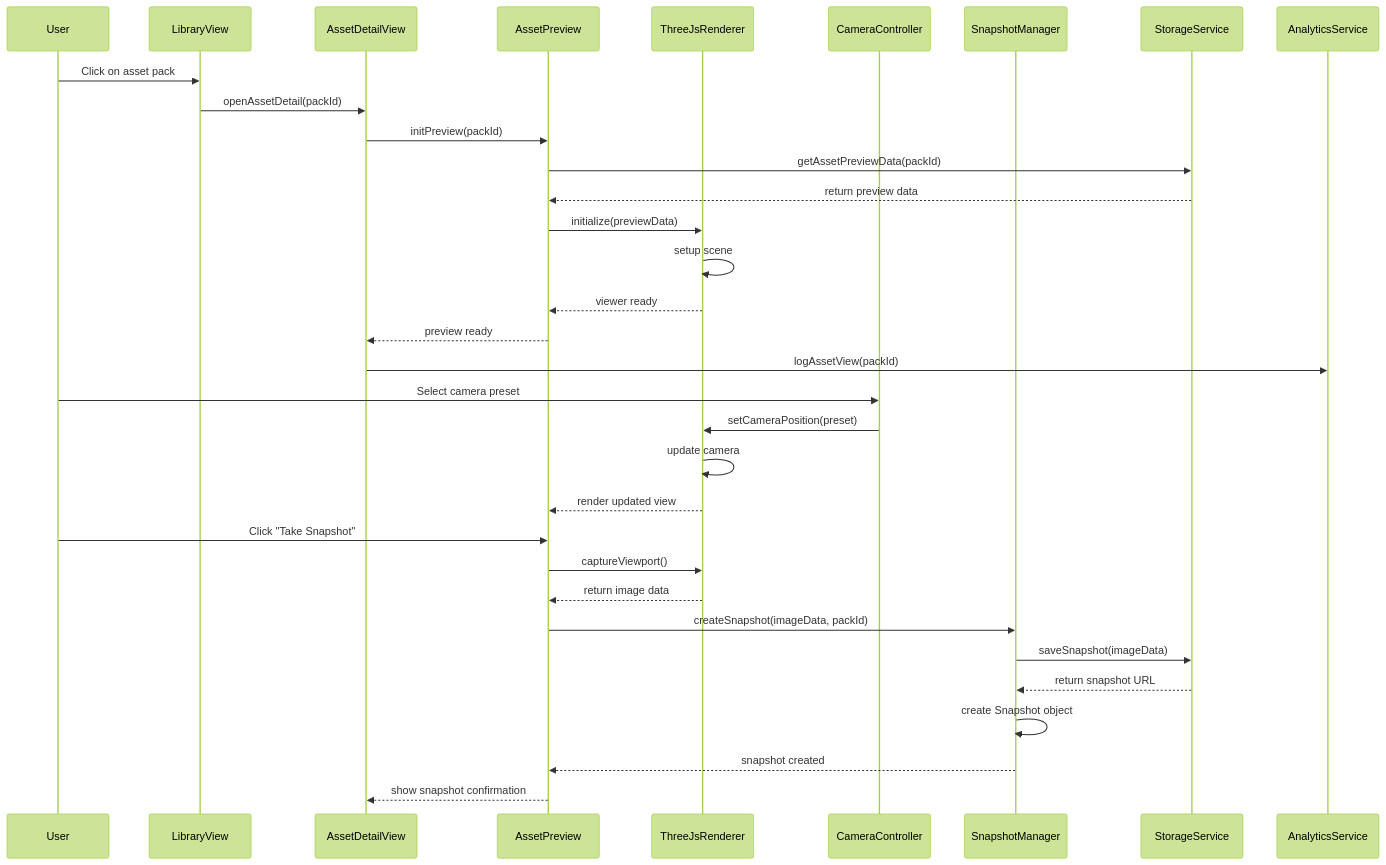
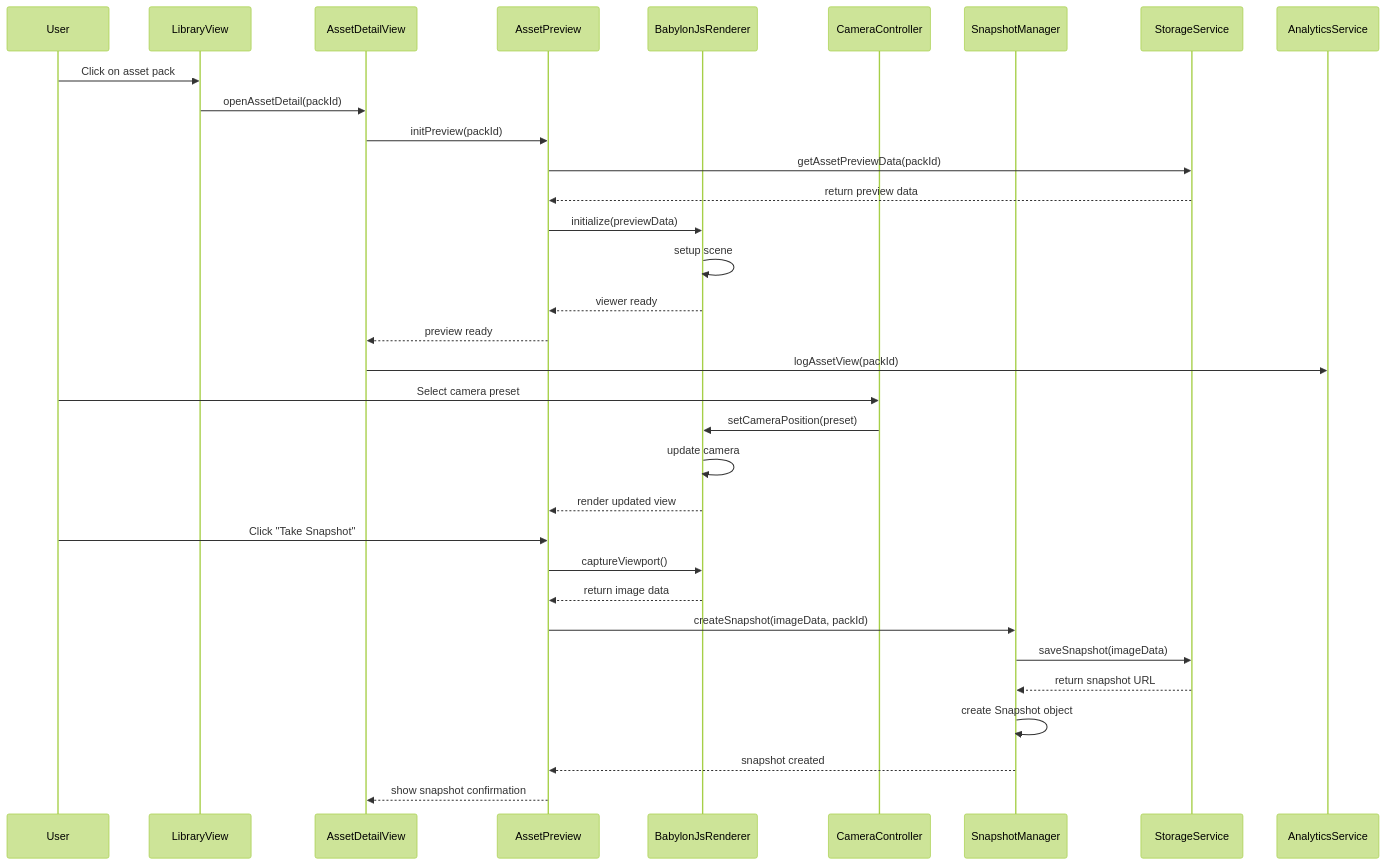
Before and after one commit to CoastTF5/virtualbackv2: the third of 5 diagrams in docs/virtual_backlot_system_design.md, drawn with Mermaid (forest theme). The commit also changed other lines of this file and 5 other files, not shown here.

````diff
--- a/docs/virtual_backlot_system_design.md
+++ b/docs/virtual_backlot_system_design.md
@@ -220,38 +220,38 @@
 ```mermaid
 sequenceDiagram
     participant User
     participant LibraryView
     participant AssetDetailView
     participant AssetPreview
-    participant ThreeJsRenderer
+    participant BabylonJsRenderer
     participant CameraController
     participant SnapshotManager
     participant StorageService
     participant AnalyticsService
 
     User->>LibraryView: Click on asset pack
     LibraryView->>AssetDetailView: openAssetDetail(packId)
     AssetDetailView->>AssetPreview: initPreview(packId)
     AssetPreview->>StorageService: getAssetPreviewData(packId)
     StorageService-->>AssetPreview: return preview data
-    AssetPreview->>ThreeJsRenderer: initialize(previewData)
-    ThreeJsRenderer->>ThreeJsRenderer: setup scene
-    ThreeJsRenderer-->>AssetPreview: viewer ready
+    AssetPreview->>BabylonJsRenderer: initialize(previewData)
+    BabylonJsRenderer->>BabylonJsRenderer: setup scene
+    BabylonJsRenderer-->>AssetPreview: viewer ready
     AssetPreview-->>AssetDetailView: preview ready
     AssetDetailView->>AnalyticsService: logAssetView(packId)
 
     User->>CameraController: Select camera preset
-    CameraController->>ThreeJsRenderer: setCameraPosition(preset)
-    ThreeJsRenderer->>ThreeJsRenderer: update camera
-    ThreeJsRenderer-->>AssetPreview: render updated view
+    CameraController->>BabylonJsRenderer: setCameraPosition(preset)
+    BabylonJsRenderer->>BabylonJsRenderer: update camera
+    BabylonJsRenderer-->>AssetPreview: render updated view
 
     User->>AssetPreview: Click "Take Snapshot"
-    AssetPreview->>ThreeJsRenderer: captureViewport()
-    ThreeJsRenderer-->>AssetPreview: return image data
+    AssetPreview->>BabylonJsRenderer: captureViewport()
+    BabylonJsRenderer-->>AssetPreview: return image data
     AssetPreview->>SnapshotManager: createSnapshot(imageData, packId)
     SnapshotManager->>StorageService: saveSnapshot(imageData)
     StorageService-->>SnapshotManager: return snapshot URL
     SnapshotManager->>SnapshotManager: create Snapshot object
     SnapshotManager-->>AssetPreview: snapshot created
     AssetPreview-->>AssetDetailView: show snapshot confirmation
 ```
````
